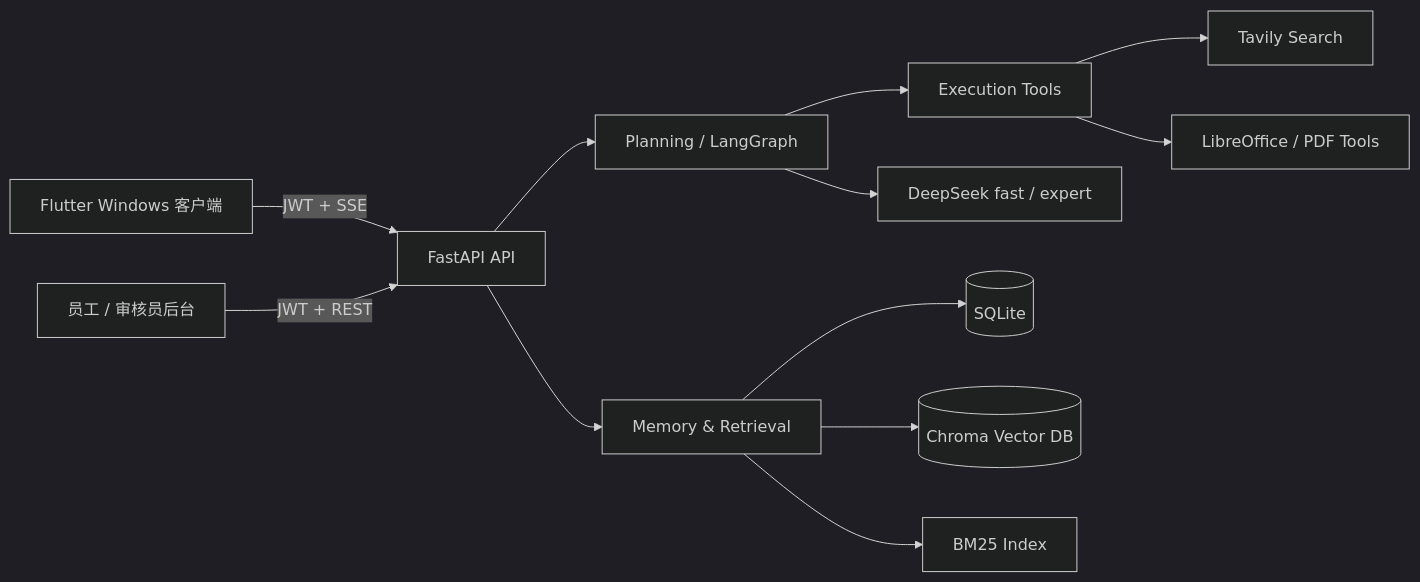
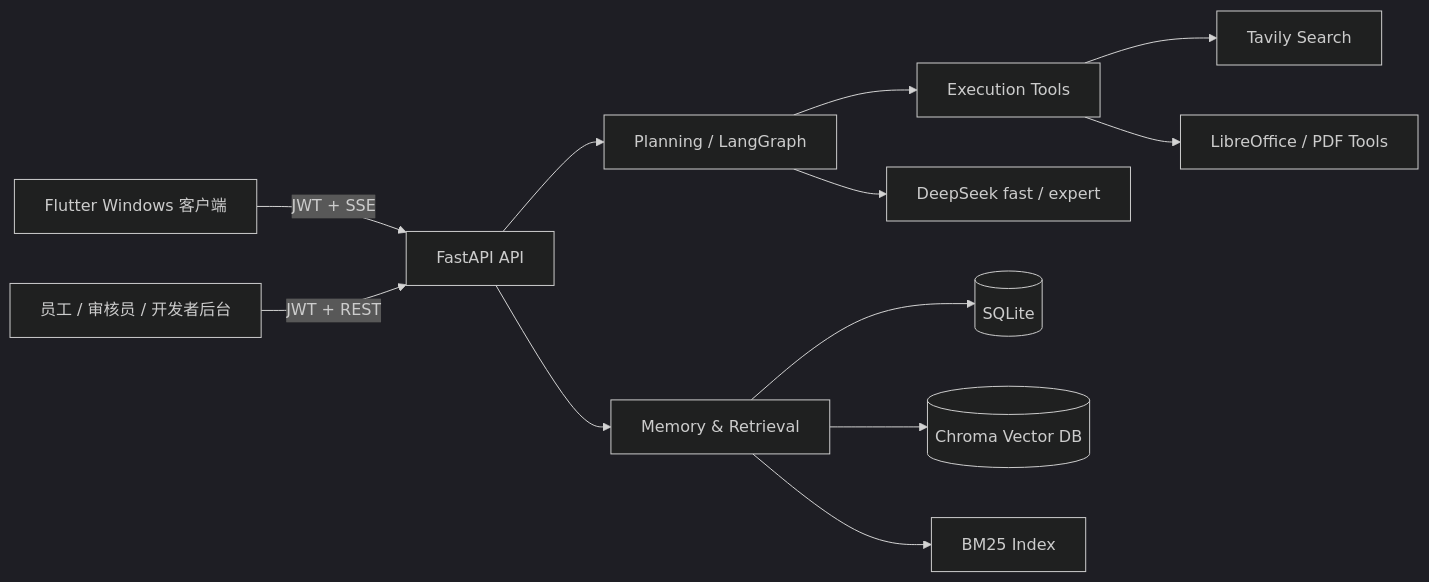
One commit to z987645344-arch/zhitian changed the diagram in README.md. Above: the diagram before and after it, drawn with Mermaid (dark theme). The commit also changed other lines of this file, not shown here.

````diff
--- a/README.md
+++ b/README.md
@@ -22,14 +22,14 @@
 ```mermaid
 flowchart LR
     A[Flutter Windows 客户端] -->|JWT + SSE| B[FastAPI API]
-    C[员工 / 审核员后台] -->|JWT + REST| B
+    C[员工 / 审核员 / 开发者后台] -->|JWT + REST| B
     B --> D[Planning / LangGraph]
     D --> E[Execution Tools]
     D --> F[DeepSeek fast / expert]
     E --> G[Tavily Search]
     E --> H[LibreOffice / PDF Tools]
     B --> I[Memory & Retrieval]
     I --> J[(SQLite)]
     I --> K[(Chroma Vector DB)]
     I --> L[BM25 Index]
 ```
````
